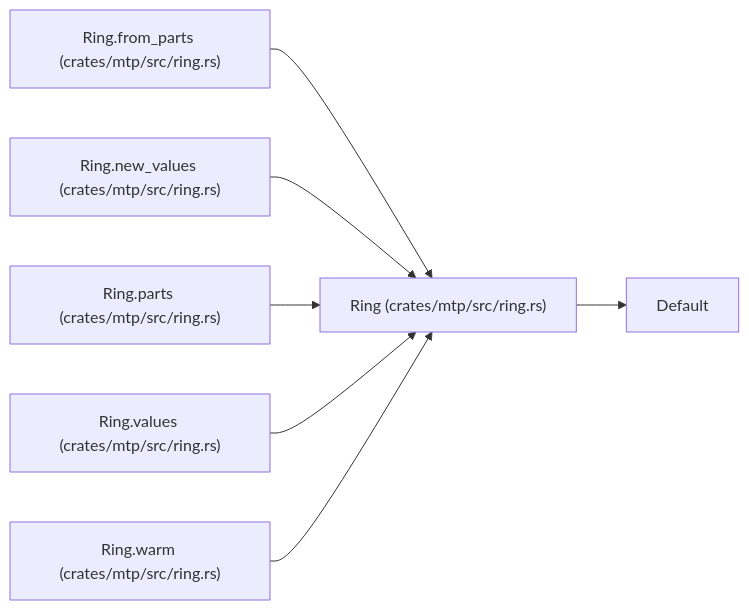
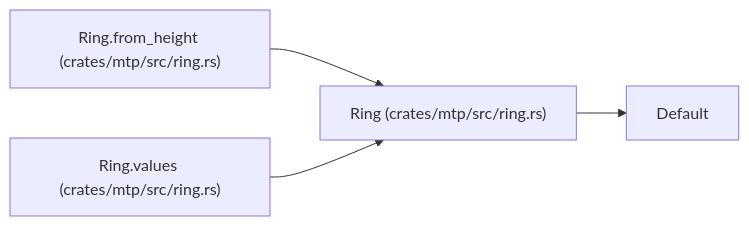
Before and after one commit to tcrypt25519/zkpow: the diagram in docs/llm_wiki/entities/Ring.md, drawn with Mermaid. The commit also changed other lines of this file and 42 other files, not shown here.

````diff
--- a/docs/llm_wiki/entities/Ring.md
+++ b/docs/llm_wiki/entities/Ring.md
@@ -52,22 +44,13 @@
 ```mermaid
 flowchart LR
     n0["Ring (crates/mtp/src/ring.rs)"]
     n1["Default"]
-    n2["Ring.from_parts (crates/mtp/src/ring.rs)"]
-    n3["Ring.new_values (crates/mtp/src/ring.rs)"]
-    n4["Ring.parts (crates/mtp/src/ring.rs)"]
-    n5["Ring.values (crates/mtp/src/ring.rs)"]
-    n6["Ring.warm (crates/mtp/src/ring.rs)"]
+    n2["Ring.from_height (crates/mtp/src/ring.rs)"]
+    n3["Ring.values (crates/mtp/src/ring.rs)"]
     n0 --> n1
     n2 --> n0
     n3 --> n0
-    n4 --> n0
-    n5 --> n0
-    n6 --> n0
     click n0 "../modules/ring.md"
     click n2 "../modules/ring.md"
     click n3 "../modules/ring.md"
-    click n4 "../modules/ring.md"
-    click n5 "../modules/ring.md"
-    click n6 "../modules/ring.md"
 ```
````
